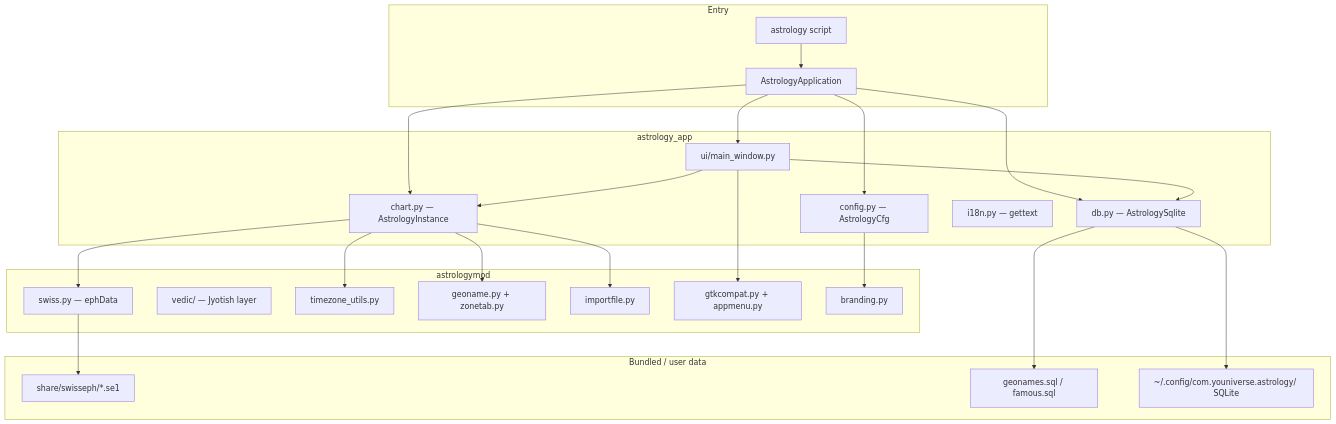
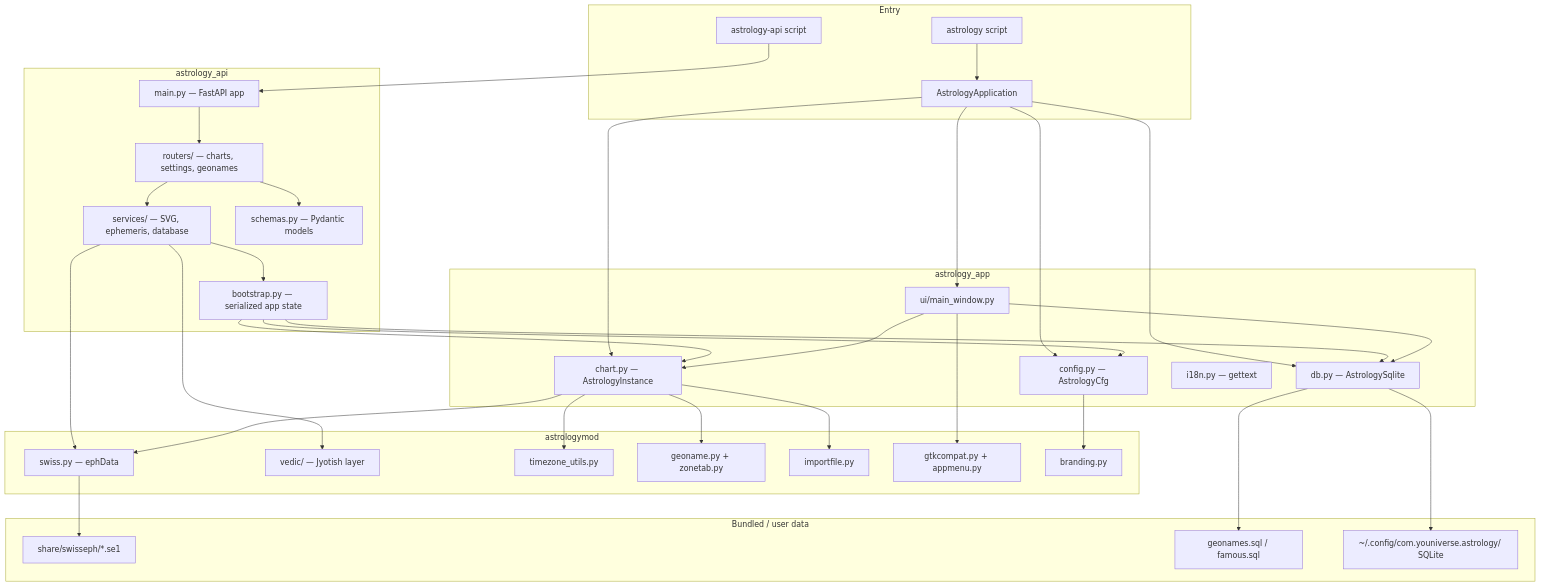
Before and after one commit to youniversus-com/Astrology: the first of 6 diagrams in ARCHITECTURE.md, drawn with Mermaid. The commit also changed other lines of this file and 5 other files, not shown here.

Commit message:
Document optional FastAPI backend

````diff
--- a/ARCHITECTURE.md
+++ b/ARCHITECTURE.md
@@ -9,48 +9,67 @@
 ```mermaid
 flowchart TB
     subgraph Entry["Entry"]
         CLI["astrology script"]
         APP["AstrologyApplication"]
+        API["astrology-api script"]
     end
 
     subgraph AppPkg["astrology_app"]
         MW["ui/main_window.py"]
         CHART["chart.py — AstrologyInstance"]
         DB["db.py — AstrologySqlite"]
         CFG["config.py — AstrologyCfg"]
         I18N["i18n.py — gettext"]
     end
 
     subgraph ModPkg["astrologymod"]
         SWISS["swiss.py — ephData"]
         VEDIC["vedic/ — Jyotish layer"]
         TZ["timezone_utils.py"]
         GEO["geoname.py + zonetab.py"]
         IMP["importfile.py"]
         GTK["gtkcompat.py + appmenu.py"]
         BRAND["branding.py"]
     end
 
+    subgraph ApiPkg["astrology_api"]
+        FASTAPI["main.py — FastAPI app"]
+        ROUTERS["routers/ — charts, settings, geonames"]
+        SERVICES["services/ — SVG, ephemeris, database"]
+        SCHEMAS["schemas.py — Pydantic models"]
+        BOOT["bootstrap.py — serialized app state"]
+    end
+
     subgraph Data["Bundled / user data"]
         SE["share/swisseph/*.se1"]
         SQL["geonames.sql / famous.sql"]
         UCFG["~/.config/com.youniverse.astrology/ SQLite"]
     end
 
     CLI --> APP
+    API --> FASTAPI
     APP --> CFG
     APP --> DB
     APP --> CHART
     APP --> MW
+    FASTAPI --> ROUTERS
+    ROUTERS --> SERVICES
+    ROUTERS --> SCHEMAS
+    SERVICES --> BOOT
+    BOOT --> CFG
+    BOOT --> DB
+    BOOT --> CHART
+    SERVICES --> SWISS
+    SERVICES --> VEDIC
     MW --> CHART
     MW --> DB
     CHART --> SWISS
     CHART --> IMP
     CHART --> GEO
     CHART --> TZ
     MW --> GTK
     SWISS --> SE
     DB --> SQL
     DB --> UCFG
     CFG --> BRAND
 ```
````
